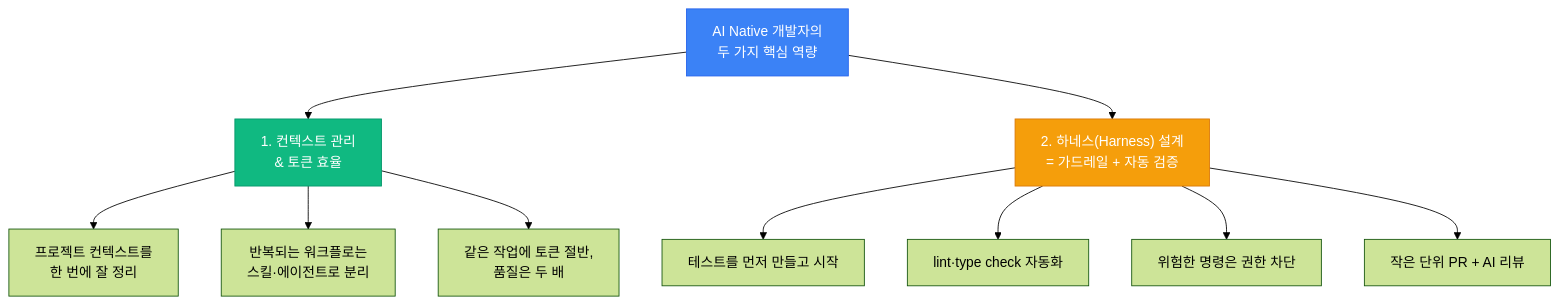
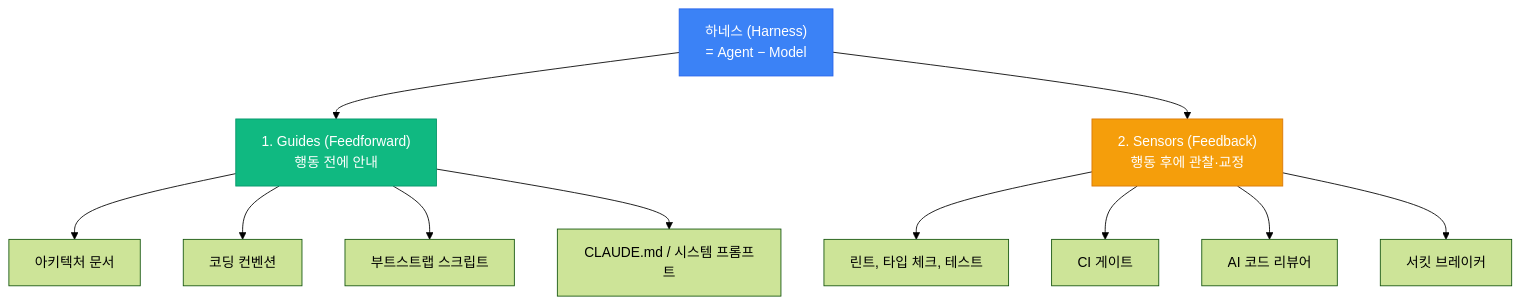
One commit to dkyos/dkyos-portfolio changed the third of 8 diagrams in drafts/ai-native-developer.md. Above: the diagram before and after it, drawn with Mermaid (forest theme). The commit also changed other lines of this file, not shown here.

First line of the commit message:
content: enrich AI Native 글 — 1차 자료와 외부 권위 인용 보강

```diff
--- a/drafts/ai-native-developer.md
+++ b/drafts/ai-native-developer.md
@@ -174,18 +264,19 @@
 <div class="mermaid">
 graph TB
-    A["AI Native 개발자의<br/>두 가지 핵심 역량"] --> B["1. 컨텍스트 관리<br/>& 토큰 효율"]
-    A --> C["2. 하네스(Harness) 설계<br/>= 가드레일 + 자동 검증"]
+    A["하네스 (Harness)<br/>= Agent − Model"] --> B["1. Guides (Feedforward)<br/>행동 전에 안내"]
+    A --> C["2. Sensors (Feedback)<br/>행동 후에 관찰·교정"]
 
-    B --> B1["프로젝트 컨텍스트를<br/>한 번에 잘 정리"]
-    B --> B2["반복되는 워크플로는<br/>스킬·에이전트로 분리"]
-    B --> B3["같은 작업에 토큰 절반,<br/>품질은 두 배"]
+    B --> B1["아키텍처 문서"]
+    B --> B2["코딩 컨벤션"]
+    B --> B3["부트스트랩 스크립트"]
+    B --> B4["CLAUDE.md / 시스템 프롬프트"]
 
-    C --> C1["테스트를 먼저 만들고 시작"]
-    C --> C2["lint·type check 자동화"]
-    C --> C3["위험한 명령은 권한 차단"]
-    C --> C4["작은 단위 PR + AI 리뷰"]
+    C --> C1["린트, 타입 체크, 테스트"]
+    C --> C2["CI 게이트"]
+    C --> C3["AI 코드 리뷰어"]
+    C --> C4["서킷 브레이커"]
 
     style A fill:#3b82f6,stroke:#2563eb,color:#fff
     style B fill:#10b981,stroke:#059669,color:#fff
     style C fill:#f59e0b,stroke:#d97706,color:#fff
 </div>
```
